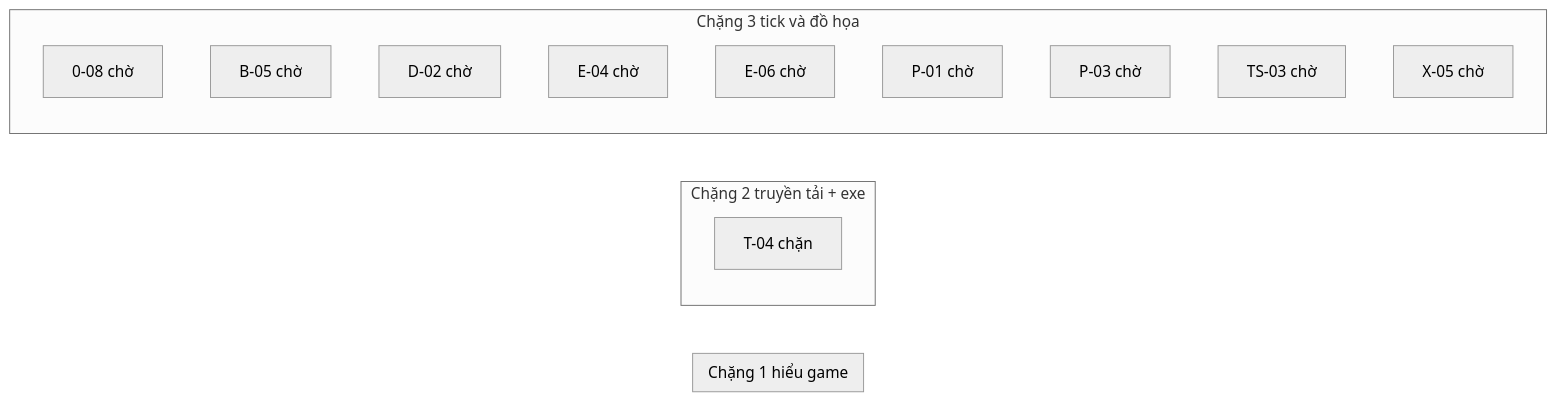
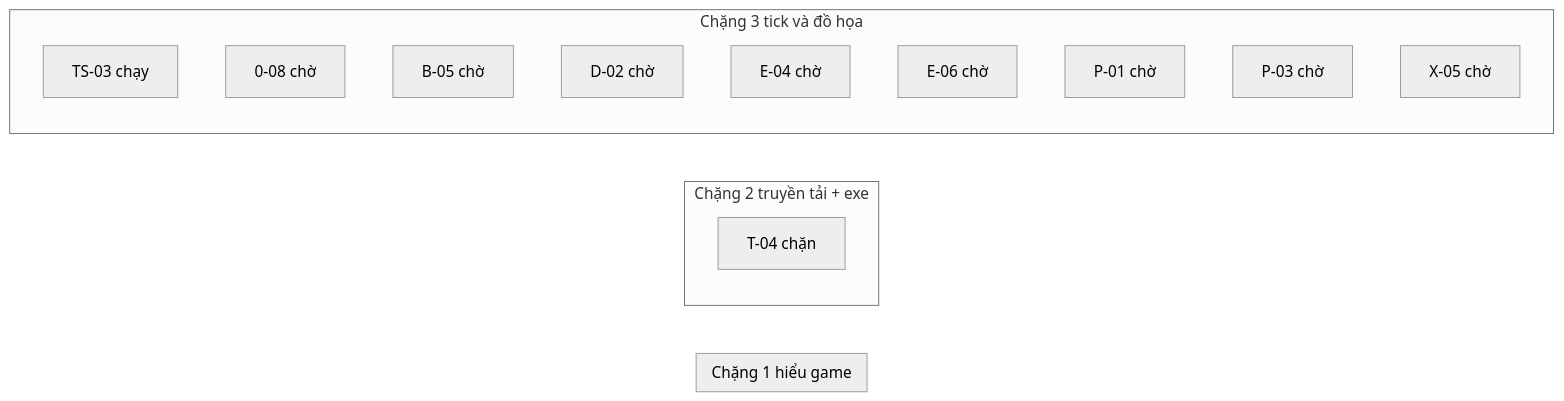
One commit to ndtangoss-dev/jx1-reports changed the diagram in JX1_OPS/STATE/TIEN-DO.md. Above: the diagram before and after it, drawn with Mermaid (neutral theme). The commit also changed other lines of this file and 4 other files, not shown here.

````diff
--- a/JX1_OPS/STATE/TIEN-DO.md
+++ b/JX1_OPS/STATE/TIEN-DO.md
@@ -9,19 +9,19 @@
 ```mermaid
 flowchart LR
   subgraph S1["Chặng 1 hiểu game"]
   end
   subgraph S2["Chặng 2 truyền tải + exe"]
     T_04["T-04 chặn"]
   end
   subgraph S3["Chặng 3 tick và đồ họa"]
+    TS_03["TS-03 chạy"]
     0_08["0-08 chờ"]
     B_05["B-05 chờ"]
     D_02["D-02 chờ"]
     E_04["E-04 chờ"]
     E_06["E-06 chờ"]
     P_01["P-01 chờ"]
     P_03["P-03 chờ"]
-    TS_03["TS-03 chờ"]
     X_05["X-05 chờ"]
   end
 ```
````
